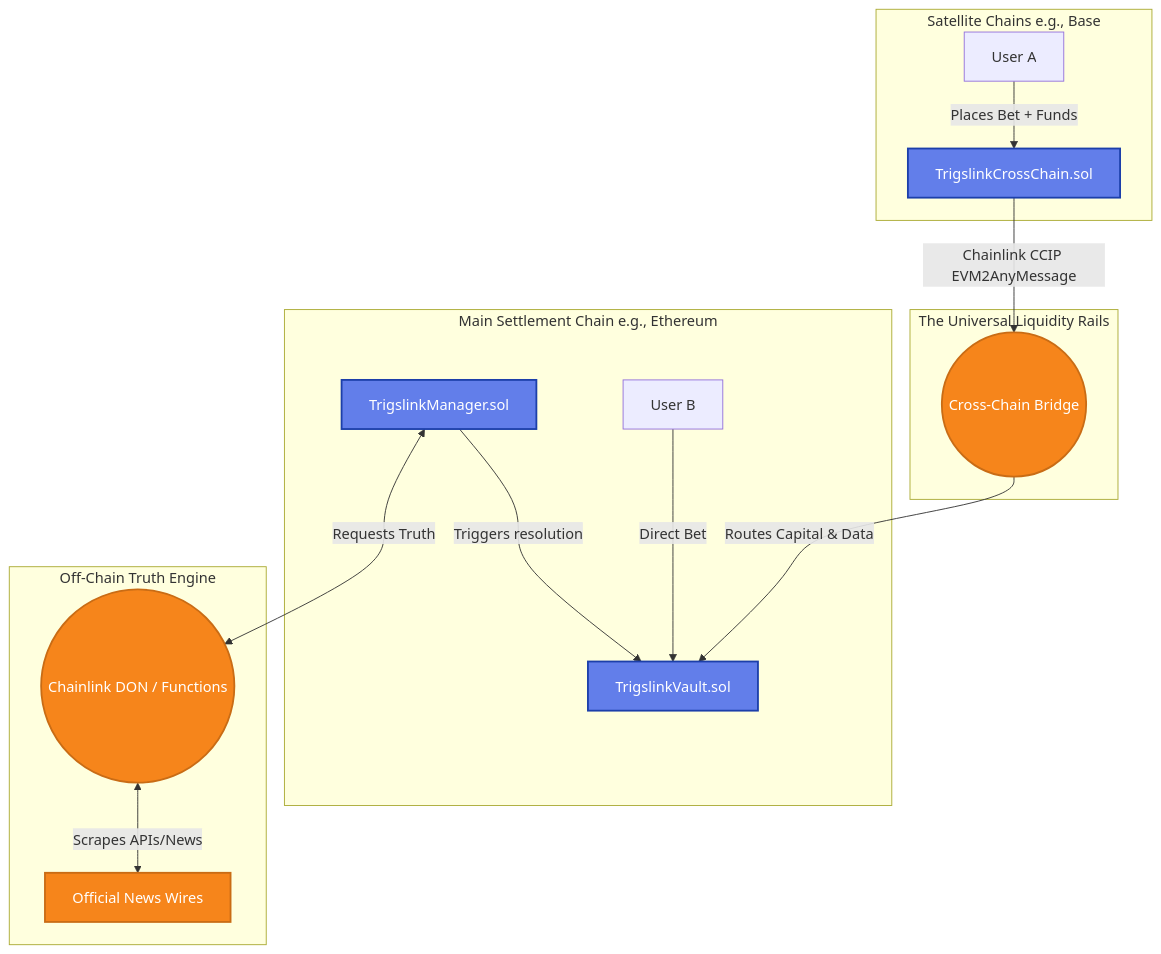
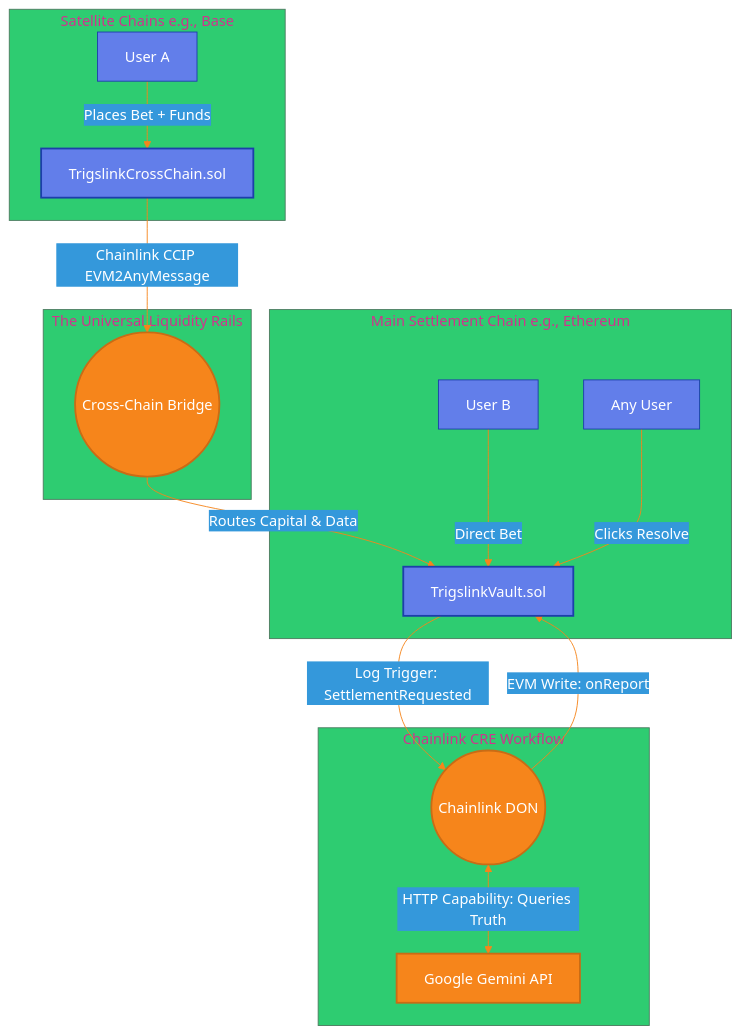
The first of 2 diagrams in README.md (Trigs-link/trigslink), drawn with Mermaid before and after one commit. The commit also changed other lines of this file, not shown here.

````diff
--- a/README.md
+++ b/README.md
@@ -21,28 +21,41 @@
 ```mermaid
+%%{init: {
+  'theme': 'base',
+  'themeVariables': {
+    'primaryColor': '#627eea',
+    'primaryTextColor': '#ffffff',
+    'primaryBorderColor': '#1c3faa',
+    'lineColor': '#f6851b',
+    'secondaryColor': '#3498db',
+    'tertiaryColor': '#2ecc71',
+    'fontFamily': 'Inter, system-ui, sans-serif',
+    'background': '#0b0f1c'
+  }
+}}%%
 graph TD
     subgraph Satellite Chains [Satellite Chains e.g., Base]
         UserA[User A] -->|Places Bet + Funds| CC_Sender[TrigslinkCrossChain.sol]
     end
 
     subgraph The Universal Liquidity Rails
         CC_Sender -->|Chainlink CCIP EVM2AnyMessage| Bridge((Cross-Chain Bridge))
     end
 
     subgraph Main Hub [Main Settlement Chain e.g., Ethereum]
         Bridge -->|Routes Capital & Data| Vault[TrigslinkVault.sol]
         UserB[User B] -->|Direct Bet| Vault
-        
-        Manager[TrigslinkManager.sol] -->|Triggers resolution| Vault
+        UserC[Any User] -->|Clicks Resolve| Vault
     end
 
-    subgraph Off-Chain Truth Engine
-        Manager <-->|Requests Truth| DON((Chainlink DON / Functions))
-        DON <-->|Scrapes APIs/News| APIs[Official News Wires]
+    subgraph Off-Chain Truth Engine [Chainlink CRE Workflow]
+        Vault -->|Log Trigger: SettlementRequested| DON((Chainlink DON))
+        DON <-->|HTTP Capability: Queries Truth| Gemini[Google Gemini API]
+        DON -->|EVM Write: onReport| Vault
     end
 
     classDef contract fill:#627eea,stroke:#1c3faa,stroke-width:2px,color:#fff;
     classDef external fill:#f6851b,stroke:#c96c15,stroke-width:2px,color:#fff;
     
-    class Vault,Manager,CC_Sender contract;
-    class DON,Bridge,APIs external;
+    class Vault,CC_Sender contract;
+    class DON,Bridge,Gemini external;
 ```
````
